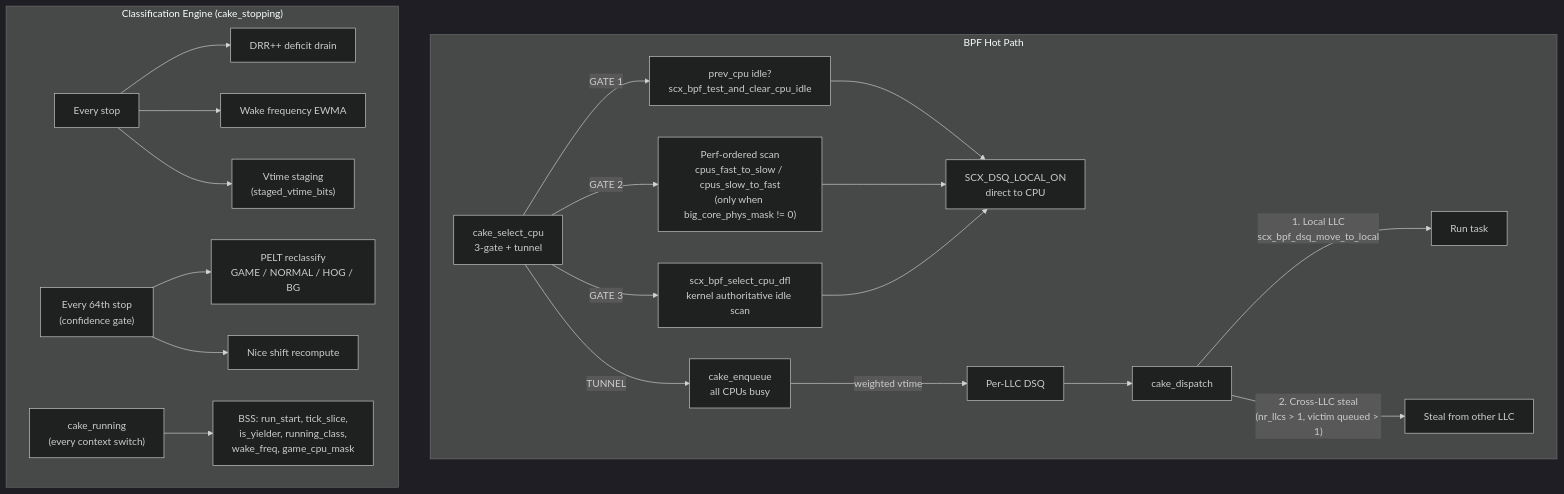
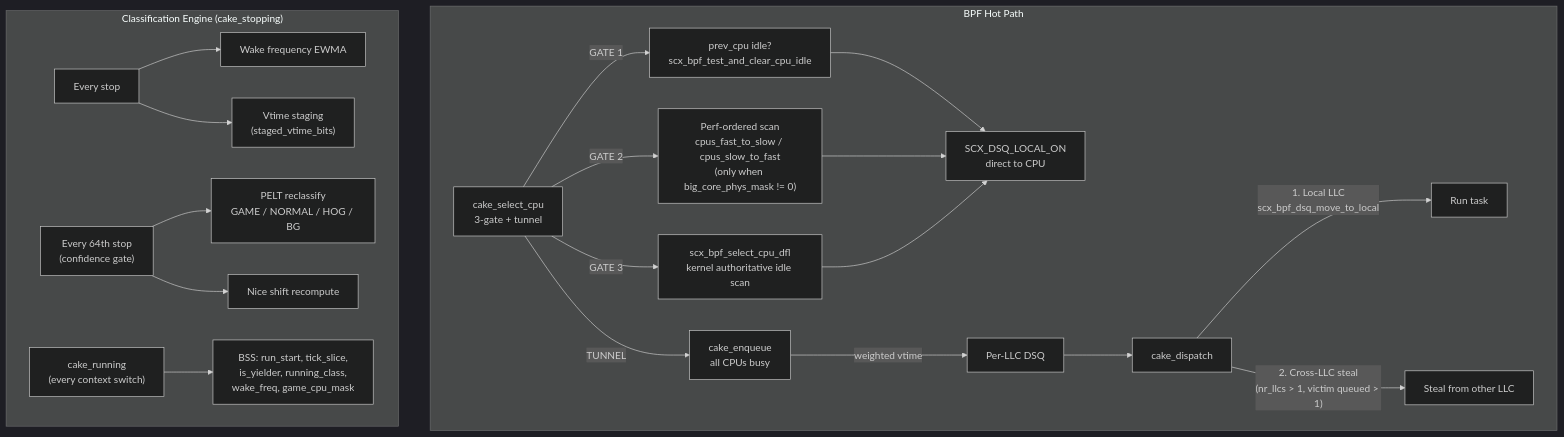
Before and after one commit to sched-ext/scx: the first of 2 diagrams in scheds/rust/scx_cake/README.md, drawn with Mermaid (dark theme). The commit also changed other lines of this file, not shown here.

````diff
--- a/scheds/rust/scx_cake/README.md
+++ b/scheds/rust/scx_cake/README.md
@@ -152,27 +154,26 @@
 ```mermaid
 flowchart TD
     subgraph HOT["BPF Hot Path"]
         SELECT["cake_select_cpu<br/>3-gate + tunnel"] --> |GATE 1| PREV["prev_cpu idle?<br/>scx_bpf_test_and_clear_cpu_idle"]
         SELECT --> |GATE 2| SCAN["Perf-ordered scan<br/>cpus_fast_to_slow / cpus_slow_to_fast<br/>(only when big_core_phys_mask != 0)"]
         SELECT --> |GATE 3| KERNEL["scx_bpf_select_cpu_dfl<br/>kernel authoritative idle scan"]
         SELECT --> |TUNNEL| ENQ["cake_enqueue<br/>all CPUs busy"]
 
         PREV --> LOCALON["SCX_DSQ_LOCAL_ON<br/>direct to CPU"]
         SCAN --> LOCALON
         KERNEL --> LOCALON
 
         ENQ --> |"weighted vtime"| LLCDSQ["Per-LLC DSQ"]
         LLCDSQ --> DISPATCH["cake_dispatch"]
         DISPATCH --> |"1. Local LLC<br/>scx_bpf_dsq_move_to_local"| LOCAL["Run task"]
         DISPATCH --> |"2. Cross-LLC steal<br/>(nr_llcs > 1, victim queued > 1)"| STEAL["Steal from other LLC"]
     end
 
     subgraph CLASSIFY["Classification Engine (cake_stopping)"]
-        EVERY["Every stop"] --> DEFICIT["DRR++ deficit drain"]
-        EVERY --> WFREQ["Wake frequency EWMA"]
+        EVERY["Every stop"] --> WFREQ["Wake frequency EWMA"]
         EVERY --> VTIME["Vtime staging<br/>(staged_vtime_bits)"]
         GATE64["Every 64th stop<br/>(confidence gate)"] --> RECLASS["PELT reclassify<br/>GAME / NORMAL / HOG / BG"]
         GATE64 --> NICE["Nice shift recompute"]
         RUNNING["cake_running<br/>(every context switch)"] --> STAMP["BSS: run_start, tick_slice,<br/>is_yielder, running_class,<br/>wake_freq, game_cpu_mask"]
     end
 ```
````
